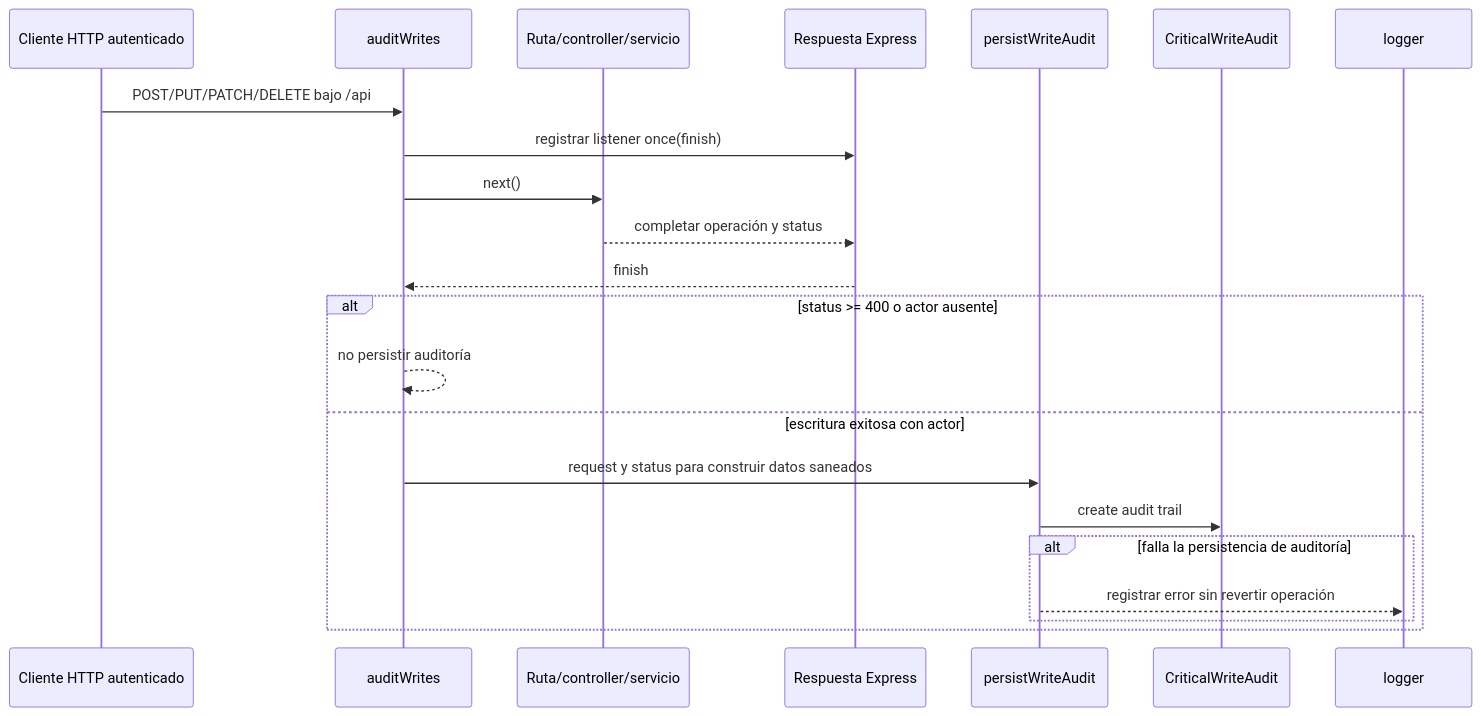
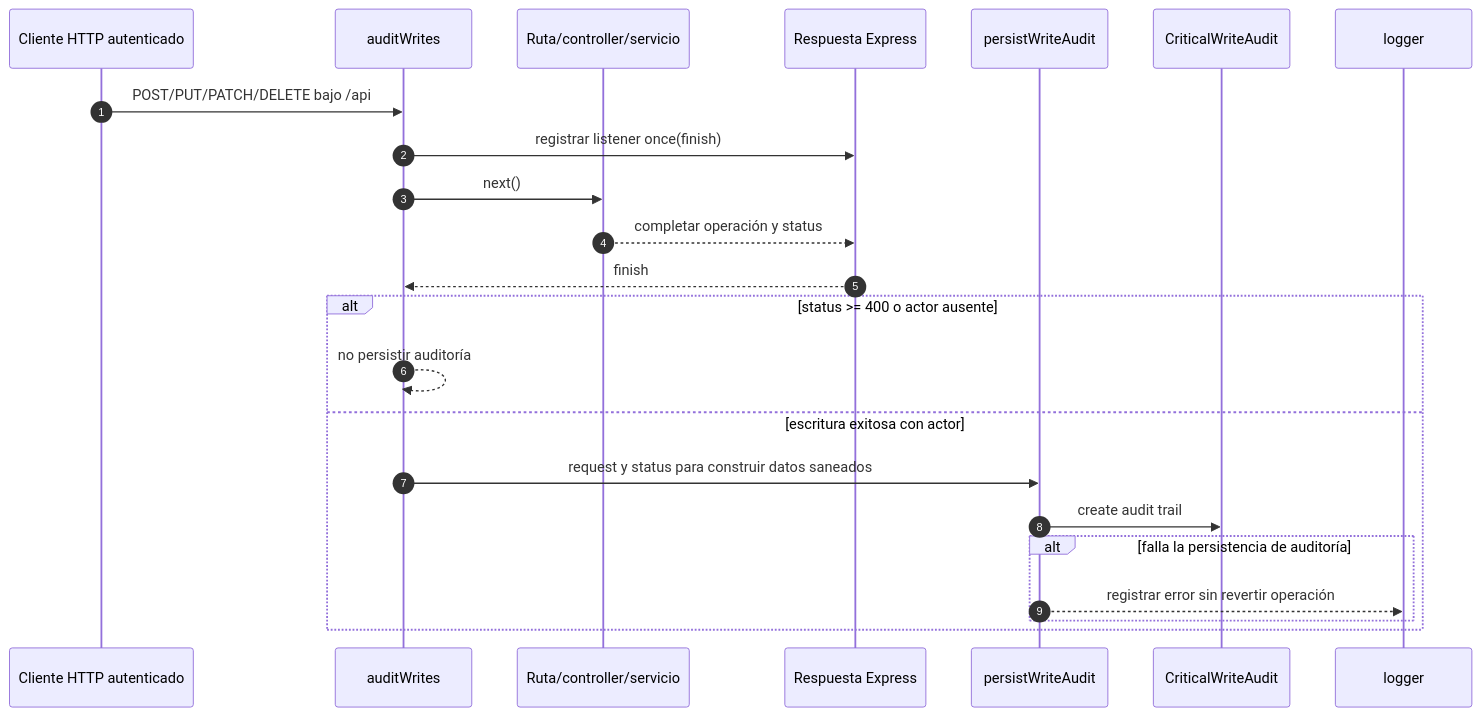
The fifth of 7 diagrams in docs/architecture/views/development/backend-technical-documentation/02-views-technical-applied.md (gpgsistemas01/nexus), drawn with Mermaid before and after one commit. The commit also changed other lines of this file and 198 other files, not shown here.

Commit message:
docs: mejorar notación UML y distribución de diagramas Mermaid

````diff
--- a/docs/architecture/views/development/backend-technical-documentation/02-views-technical-applied.md
+++ b/docs/architecture/views/development/backend-technical-documentation/02-views-technical-applied.md
@@ -113,25 +113,26 @@
 ```mermaid
 sequenceDiagram
+    autonumber
     participant Browser as Cliente HTTP autenticado
     participant Audit as auditWrites
     participant Route as Ruta/controller/servicio
     participant Response as Respuesta Express
     participant AuditService as persistWriteAudit
     participant Prisma as CriticalWriteAudit
     participant Logger as logger
 
     Browser->>Audit: POST/PUT/PATCH/DELETE bajo /api
     Audit->>Response: registrar listener once(finish)
     Audit->>Route: next()
     Route-->>Response: completar operación y status
     Response-->>Audit: finish
     alt status >= 400 o actor ausente
         Audit-->>Audit: no persistir auditoría
     else escritura exitosa con actor
         Audit->>AuditService: request y status para construir datos saneados
         AuditService->>Prisma: create audit trail
         alt falla la persistencia de auditoría
             AuditService-->>Logger: registrar error sin revertir operación
         end
     end
 ```
````
